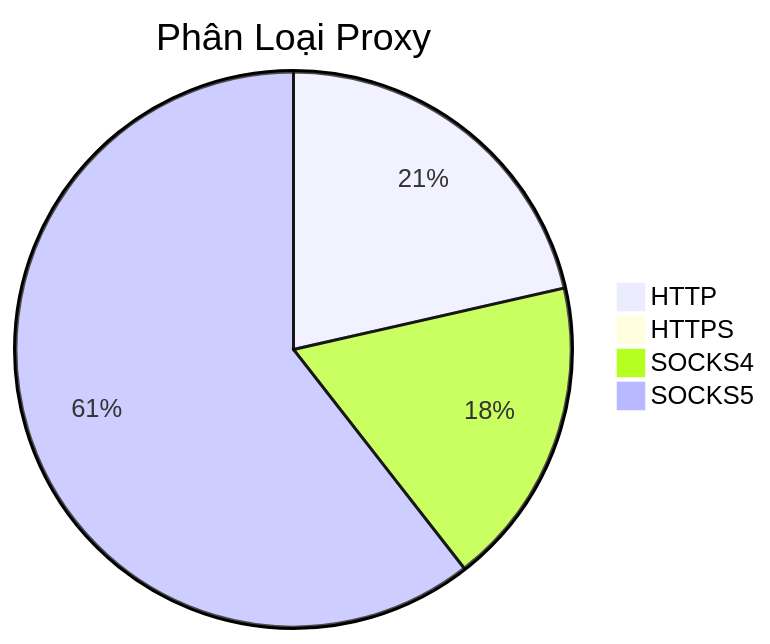
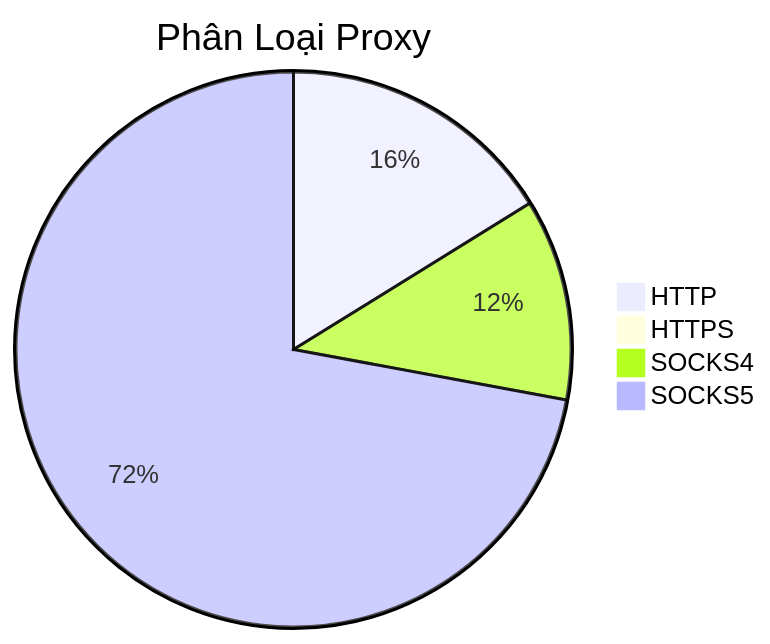
One commit to Ciara-Aa/PROXY-free changed the diagram in README.md. Above: the diagram before and after it, drawn with Mermaid. The commit also changed other lines of this file and 4 other files, not shown here.

````diff
--- a/README.md
+++ b/README.md
@@ -26,7 +26,7 @@
 ```mermaid
 pie title Phân Loại Proxy
-    "HTTP" : 299
-    "HTTPS" : 1
-    "SOCKS4" : 251
-    "SOCKS5" : 844
+    "HTTP" : 364
+    "HTTPS" : 2
+    "SOCKS4" : 264
+    "SOCKS5" : 1622
 ```
````
